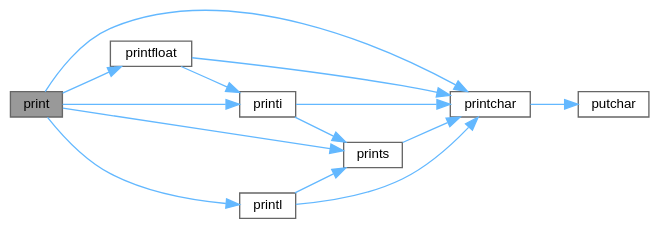
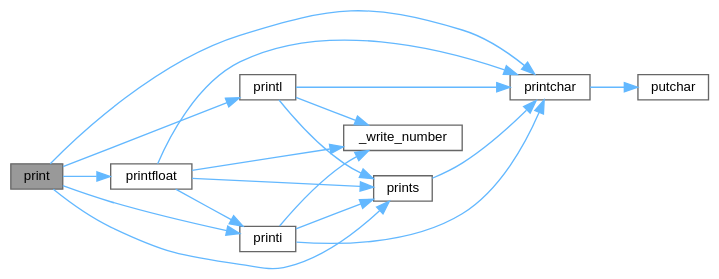
One commit to ebs-universe/piolib-printf changed the diagram in printf_8h_a5b328a8f32f082a641944307c97f9a34_cgraph.dot. Above: the diagram before and after it, drawn with Graphviz. The commit also changed 131 other files, not shown here.

```diff
--- a/printf_8h_a5b328a8f32f082a641944307c97f9a34_cgraph.dot
+++ b/printf_8h_a5b328a8f32f082a641944307c97f9a34_cgraph.dot
@@ -1,29 +1,34 @@
 digraph "print"
 {
  // INTERACTIVE_SVG=YES
  // LATEX_PDF_SIZE
   bgcolor="transparent";
   edge [fontname=Helvetica,fontsize=10,labelfontname=Helvetica,labelfontsize=10];
   node [fontname=Helvetica,fontsize=10,shape=box,height=0.2,width=0.4];
   rankdir="LR";
   Node1 [id="Node000001",label="print",height=0.2,width=0.4,color="gray40", fillcolor="grey60", style="filled", fontcolor="black",tooltip=" "];
   Node1 -> Node2 [id="edge1_Node000001_Node000002",color="steelblue1",style="solid",tooltip=" "];
   Node2 [id="Node000002",label="printchar",height=0.2,width=0.4,color="grey40", fillcolor="white", style="filled",URL="$printf_8c.html#a467a00da8c720b8dddc7088e2805291c",tooltip=" "];
   Node2 -> Node3 [id="edge2_Node000002_Node000003",color="steelblue1",style="solid",tooltip=" "];
   Node3 [id="Node000003",label="putchar",height=0.2,width=0.4,color="grey40", fillcolor="white", style="filled",URL="$printf_8c.html#af4de2514b7778805db3815e8dd6cf09a",tooltip=" "];
   Node1 -> Node4 [id="edge3_Node000001_Node000004",color="steelblue1",style="solid",tooltip=" "];
   Node4 [id="Node000004",label="printfloat",height=0.2,width=0.4,color="grey40", fillcolor="white", style="filled",URL="$printf_8c.html#a2c37f08c54b3dc54d13030c62cba67a7",tooltip=" "];
-  Node4 -> Node2 [id="edge4_Node000004_Node000002",color="steelblue1",style="solid",tooltip=" "];
-  Node4 -> Node5 [id="edge5_Node000004_Node000005",color="steelblue1",style="solid",tooltip=" "];
-  Node5 [id="Node000005",label="printi",height=0.2,width=0.4,color="grey40", fillcolor="white", style="filled",URL="$printf_8c.html#ad9c642f8af1fe47d03e648b146da3b8d",tooltip=" "];
-  Node5 -> Node2 [id="edge6_Node000005_Node000002",color="steelblue1",style="solid",tooltip=" "];
-  Node5 -> Node6 [id="edge7_Node000005_Node000006",color="steelblue1",style="solid",tooltip=" "];
-  Node6 [id="Node000006",label="prints",height=0.2,width=0.4,color="grey40", fillcolor="white", style="filled",URL="$printf_8c.html#a6ce76a789a6153b7e1b16bc3a6969563",tooltip=" "];
+  Node4 -> Node5 [id="edge4_Node000004_Node000005",color="steelblue1",style="solid",tooltip=" "];
+  Node5 [id="Node000005",label="_write_number",height=0.2,width=0.4,color="grey40", fillcolor="white", style="filled",URL="$printf_8c.html#a81ec43c10454c3c5036f9876f067d219",tooltip=" "];
+  Node4 -> Node2 [id="edge5_Node000004_Node000002",color="steelblue1",style="solid",tooltip=" "];
+  Node4 -> Node6 [id="edge6_Node000004_Node000006",color="steelblue1",style="solid",tooltip=" "];
+  Node6 [id="Node000006",label="printi",height=0.2,width=0.4,color="grey40", fillcolor="white", style="filled",URL="$printf_8c.html#ad9c642f8af1fe47d03e648b146da3b8d",tooltip=" "];
+  Node6 -> Node5 [id="edge7_Node000006_Node000005",color="steelblue1",style="solid",tooltip=" "];
   Node6 -> Node2 [id="edge8_Node000006_Node000002",color="steelblue1",style="solid",tooltip=" "];
-  Node1 -> Node5 [id="edge9_Node000001_Node000005",color="steelblue1",style="solid",tooltip=" "];
-  Node1 -> Node7 [id="edge10_Node000001_Node000007",color="steelblue1",style="solid",tooltip=" "];
-  Node7 [id="Node000007",label="printl",height=0.2,width=0.4,color="grey40", fillcolor="white", style="filled",URL="$printf_8c.html#a700fcb0af9d5d9311fe8a86380747db7",tooltip=" "];
-  Node7 -> Node2 [id="edge11_Node000007_Node000002",color="steelblue1",style="solid",tooltip=" "];
-  Node7 -> Node6 [id="edge12_Node000007_Node000006",color="steelblue1",style="solid",tooltip=" "];
-  Node1 -> Node6 [id="edge13_Node000001_Node000006",color="steelblue1",style="solid",tooltip=" "];
+  Node6 -> Node7 [id="edge9_Node000006_Node000007",color="steelblue1",style="solid",tooltip=" "];
+  Node7 [id="Node000007",label="prints",height=0.2,width=0.4,color="grey40", fillcolor="white", style="filled",URL="$printf_8c.html#a6ce76a789a6153b7e1b16bc3a6969563",tooltip=" "];
+  Node7 -> Node2 [id="edge10_Node000007_Node000002",color="steelblue1",style="solid",tooltip=" "];
+  Node4 -> Node7 [id="edge11_Node000004_Node000007",color="steelblue1",style="solid",tooltip=" "];
+  Node1 -> Node6 [id="edge12_Node000001_Node000006",color="steelblue1",style="solid",tooltip=" "];
+  Node1 -> Node8 [id="edge13_Node000001_Node000008",color="steelblue1",style="solid",tooltip=" "];
+  Node8 [id="Node000008",label="printl",height=0.2,width=0.4,color="grey40", fillcolor="white", style="filled",URL="$printf_8c.html#a700fcb0af9d5d9311fe8a86380747db7",tooltip=" "];
+  Node8 -> Node5 [id="edge14_Node000008_Node000005",color="steelblue1",style="solid",tooltip=" "];
+  Node8 -> Node2 [id="edge15_Node000008_Node000002",color="steelblue1",style="solid",tooltip=" "];
+  Node8 -> Node7 [id="edge16_Node000008_Node000007",color="steelblue1",style="solid",tooltip=" "];
+  Node1 -> Node7 [id="edge17_Node000001_Node000007",color="steelblue1",style="solid",tooltip=" "];
 }
```
